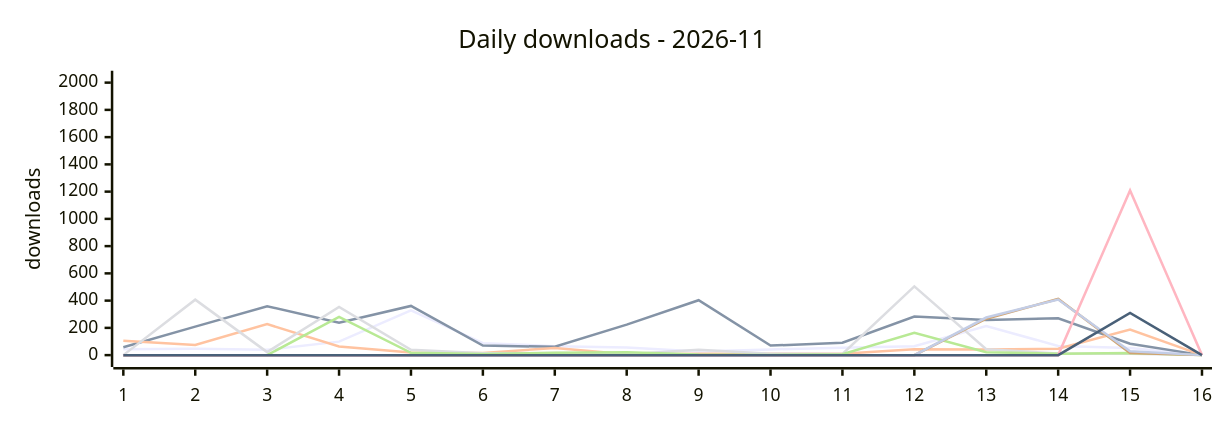
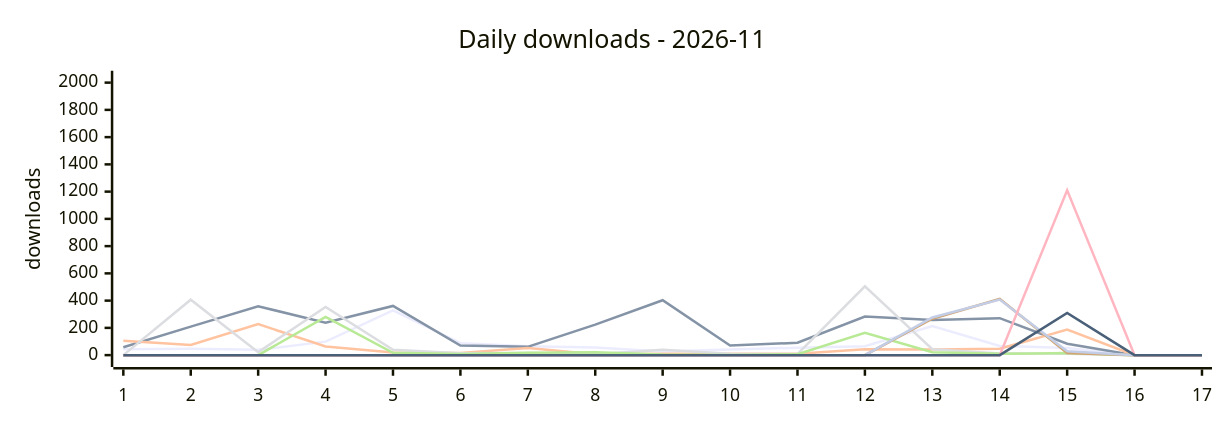
Before and after one commit to terry2010/npm-downloads-tracker: the first of 2 diagrams in DASHBOARD.md, drawn with Mermaid. The commit also changed other lines of this file and 1 other file, not shown here.

````diff
--- a/DASHBOARD.md
+++ b/DASHBOARD.md
@@ -36,16 +36,16 @@
 ```mermaid
 %%{init: {'xyChart': {'width': 960, 'height': 320}}}%%
 xychart-beta
     title "Daily downloads - 2026-11"
-    x-axis ["1", "2", "3", "4", "5", "6", "7", "8", "9", "10", "11", "12", "13", "14", "15", "16"]
+    x-axis ["1", "2", "3", "4", "5", "6", "7", "8", "9", "10", "11", "12", "13", "14", "15", "16", "17"]
     y-axis "downloads" 0 --> 2000
-    line "dsh-loop-recover" [43, 46, 39, 99, 329, 88, 66, 56, 27, 42, 54, 66, 214, 67, 53, 0]
-    line "dsh-rss-news-daily" [58, 209, 359, 237, 361, 70, 61, 224, 403, 70, 91, 283, 258, 271, 84, 0]
-    line "opencode-loop-recover" [105, 74, 228, 63, 19, 16, 52, 6, 10, 11, 10, 43, 41, 47, 187, 0]
-    line "oc-market-quail-zephyr-72a0" [0, 407, 22, 354, 39, 14, 15, 7, 40, 10, 8, 505, 43, 12, 11, 0]
-    line "awesome-opencode-market" [0, 0, 0, 280, 17, 9, 17, 22, 4, 1, 7, 164, 21, 10, 15, 0]
-    line "surfbird" [0, 0, 0, 0, 0, 0, 0, 0, 0, 0, 0, 0, 267, 412, 16, 0]
-    line "surfbird-mcp" [0, 0, 0, 0, 0, 0, 0, 0, 0, 0, 0, 0, 276, 408, 28, 0]
-    line "dsh-control-surfbird-for-kitesurf" [0, 0, 0, 0, 0, 0, 0, 0, 0, 0, 0, 0, 0, 0, 1209, 0]
-    line "opencode-control-surfbird-for-kitesurf" [0, 0, 0, 0, 0, 0, 0, 0, 0, 0, 0, 0, 0, 0, 310, 0]
+    line "dsh-loop-recover" [43, 46, 39, 99, 329, 88, 66, 56, 27, 42, 54, 66, 214, 67, 53, 0, 0]
+    line "dsh-rss-news-daily" [58, 209, 359, 237, 361, 70, 61, 224, 403, 70, 91, 283, 258, 271, 84, 0, 0]
+    line "opencode-loop-recover" [105, 74, 228, 63, 19, 16, 52, 6, 10, 11, 10, 43, 41, 47, 187, 0, 0]
+    line "oc-market-quail-zephyr-72a0" [0, 407, 22, 354, 39, 14, 15, 7, 40, 10, 8, 505, 43, 12, 11, 0, 0]
+    line "awesome-opencode-market" [0, 0, 0, 280, 17, 9, 17, 22, 4, 1, 7, 164, 21, 10, 15, 0, 0]
+    line "surfbird" [0, 0, 0, 0, 0, 0, 0, 0, 0, 0, 0, 0, 267, 412, 16, 0, 0]
+    line "surfbird-mcp" [0, 0, 0, 0, 0, 0, 0, 0, 0, 0, 0, 0, 276, 408, 28, 0, 0]
+    line "dsh-control-surfbird-for-kitesurf" [0, 0, 0, 0, 0, 0, 0, 0, 0, 0, 0, 0, 0, 0, 1209, 0, 0]
+    line "opencode-control-surfbird-for-kitesurf" [0, 0, 0, 0, 0, 0, 0, 0, 0, 0, 0, 0, 0, 0, 310, 0, 0]
 ```
````
